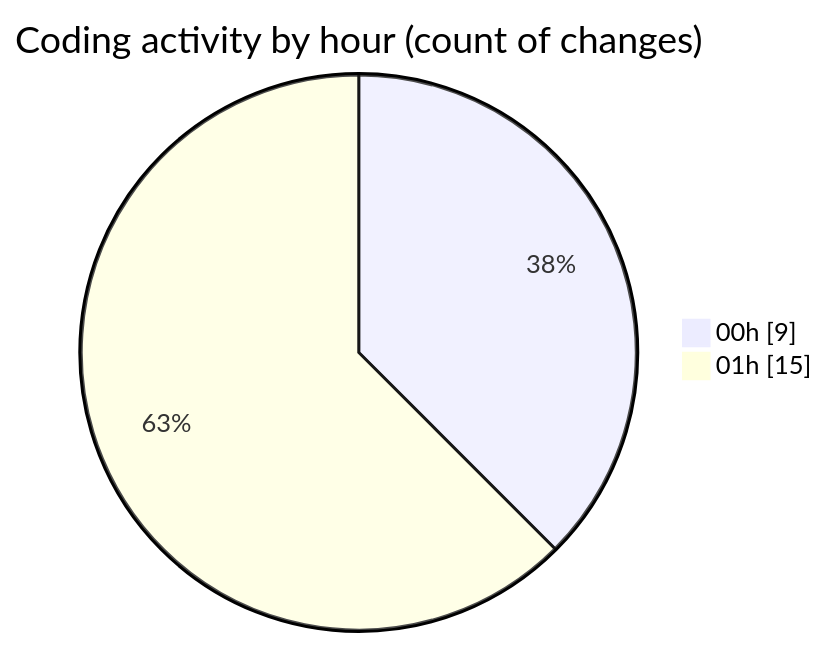
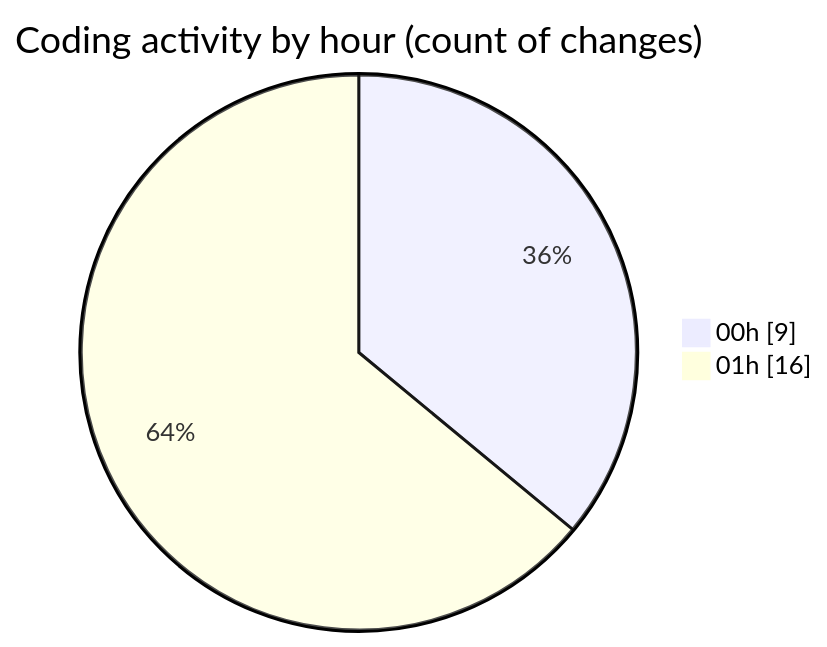
Before and after one commit to nxtqubesakshisongat/code-tracking: the second of 2 diagrams in 2025-10-25/javacript/README.md, drawn with Mermaid. The commit also changed other lines of this file and 1 other file, not shown here.

````diff
--- a/2025-10-25/javacript/README.md
+++ b/2025-10-25/javacript/README.md
@@ -28,6 +28,6 @@
 ```mermaid
 pie showData
 title Coding activity by hour (count of changes)
 "00h" : 9
-"01h" : 15
+"01h" : 16
 ```
````
